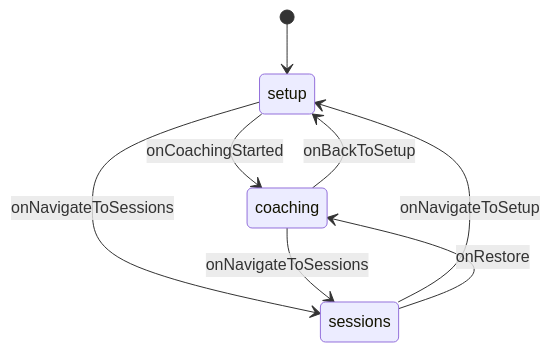
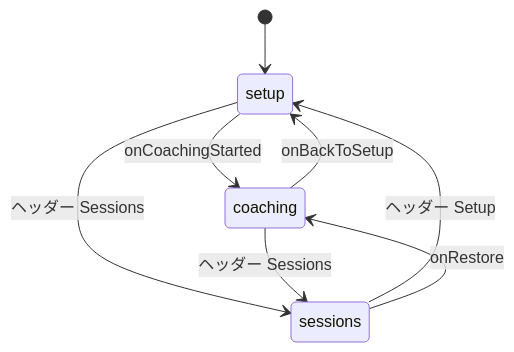
Diagram 30 of 30 in docs/architecture.md (yukaorange/dcc_suport), drawn with Mermaid before and after one commit. The commit also changed other lines of this file and 1 other file, not shown here.

Commit message:
chore(docs): アーキテクチャ図とクライアント用リーディングガイドの更新

````diff
--- a/docs/architecture.md
+++ b/docs/architecture.md
@@ -934,10 +1040,10 @@
 ```mermaid
 stateDiagram-v2
     [*] --> setup
     setup --> coaching : onCoachingStarted
-    setup --> sessions : onNavigateToSessions
-    coaching --> sessions : onNavigateToSessions
+    setup --> sessions : ヘッダー Sessions
+    coaching --> sessions : ヘッダー Sessions
     coaching --> setup : onBackToSetup
-    sessions --> setup : onNavigateToSetup
+    sessions --> setup : ヘッダー Setup
     sessions --> coaching : onRestore
 ```
````
